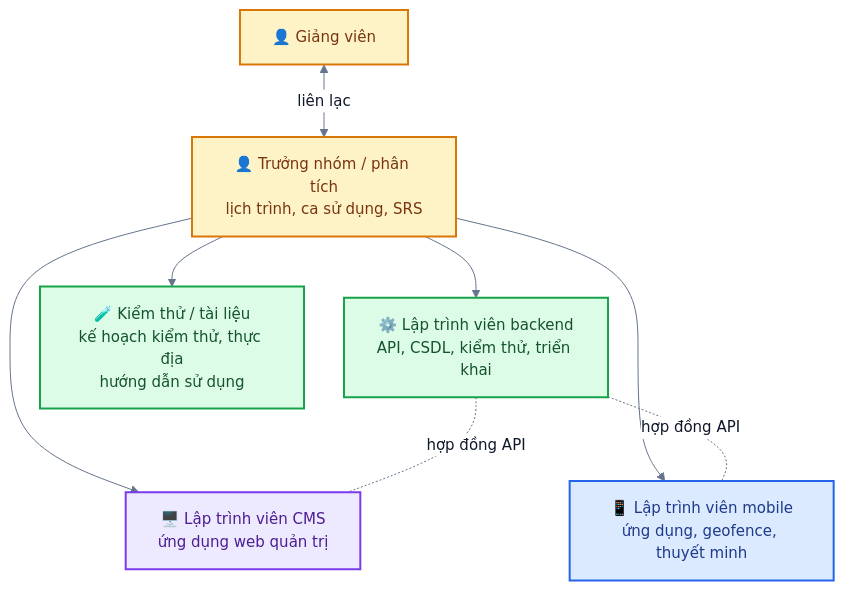
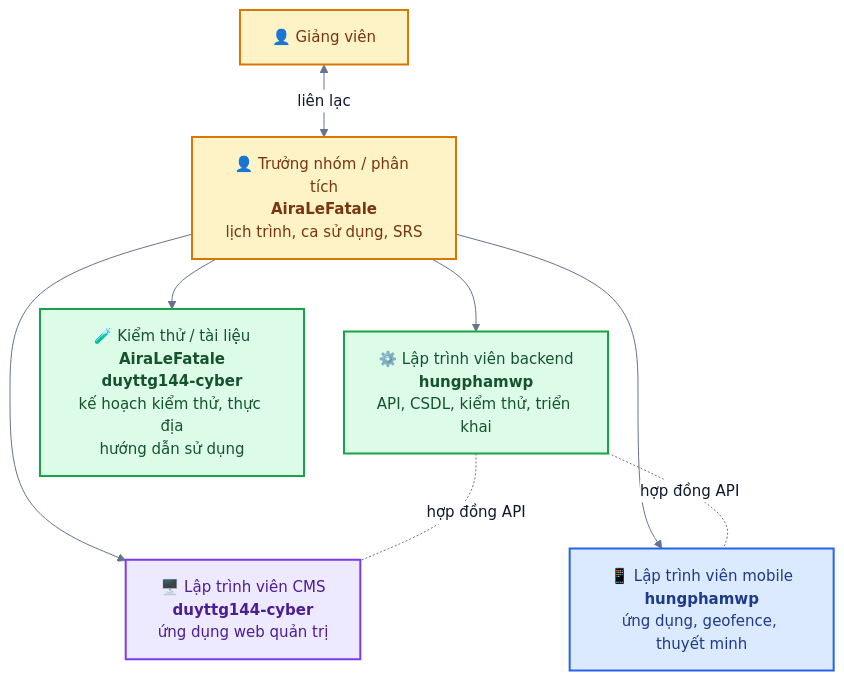
One commit to AiraLeFatale/CongNghePhanMem_Project changed the seventh of 9 diagrams in docs/06-project-management.md. Above: the diagram before and after it, drawn with Mermaid. The commit also changed other lines of this file and 1 other file, not shown here.

Commit message:
Phân chia vai trò cho 3 thành viên trong tài liệu quản lý dự án

````diff
--- a/docs/06-project-management.md
+++ b/docs/06-project-management.md
@@ -228,18 +234,18 @@
 ```mermaid
 %%{init: {"theme":"base","fontFamily":"Helvetica Neue, Arial, sans-serif","themeVariables":{"fontFamily":"Helvetica Neue, Arial, sans-serif","fontSize":"15px","primaryColor":"#EFF6FF","primaryBorderColor":"#3B82F6","primaryTextColor":"#0F172A","lineColor":"#64748B","secondaryColor":"#F0FDF4","tertiaryColor":"#FFFFFF","clusterBkg":"#F8FAFC","clusterBorder":"#CBD5E1","edgeLabelBackground":"#FFFFFF","noteBkgColor":"#FEF9C3","noteBorderColor":"#EAB308","actorBkg":"#DBEAFE","actorBorder":"#2563EB","actorTextColor":"#1E3A8A","signalColor":"#475569","signalTextColor":"#0F172A","labelBoxBkgColor":"#F1F5F9","labelBoxBorderColor":"#94A3B8","activationBkgColor":"#E0F2FE","activationBorderColor":"#0284C7","sequenceNumberColor":"#FFFFFF","pie1":"#16A34A","pie2":"#F59E0B","pie3":"#94A3B8","pie4":"#DC2626","pie5":"#2563EB","pie6":"#7C3AED","pieStrokeColor":"#FFFFFF","pieSectionTextColor":"#FFFFFF","quadrant1Fill":"#FEE2E2","quadrant2Fill":"#FEF3C7","quadrant3Fill":"#DCFCE7","quadrant4Fill":"#FEF3C7","quadrantPointFill":"#1E3A8A","quadrantPointTextFill":"#0F172A","git0":"#1E3A8A","gitBranchLabel0":"#FFFFFF","cScale0":"#DBEAFE","cScale1":"#DCFCE7","cScale2":"#EDE9FE","cScale3":"#FEF3C7","cScale4":"#FFE4E6","cScale5":"#E0F2FE","cScale6":"#F1F5F9"},"flowchart":{"curve":"basis","padding":16,"nodeSpacing":40,"rankSpacing":50},"sequence":{"showSequenceNumbers":true,"mirrorActors":false}}}%%
 flowchart TB
   GV["👤 Giảng viên"]:::actor
-  L["👤 Trưởng nhóm / phân tích<br/>lịch trình, ca sử dụng, SRS"]:::actor
+  L["👤 Trưởng nhóm / phân tích<br/><b>AiraLeFatale</b><br/>lịch trình, ca sử dụng, SRS"]:::actor
   GV <-- "liên lạc" --> L
-  L --> BE["⚙️ Lập trình viên backend<br/>API, CSDL, kiểm thử, triển khai"]:::backend
-  L --> CM["🖥️ Lập trình viên CMS<br/>ứng dụng web quản trị"]:::cms
-  L --> MO["📱 Lập trình viên mobile<br/>ứng dụng, geofence, thuyết minh"]:::mobile
-  L --> QA["🧪 Kiểm thử / tài liệu<br/>kế hoạch kiểm thử, thực địa<br/>hướng dẫn sử dụng"]:::ok
+  L --> BE["⚙️ Lập trình viên backend<br/><b>hungphamwp</b><br/>API, CSDL, kiểm thử, triển khai"]:::backend
+  L --> CM["🖥️ Lập trình viên CMS<br/><b>duyttg144-cyber</b><br/>ứng dụng web quản trị"]:::cms
+  L --> MO["📱 Lập trình viên mobile<br/><b>hungphamwp</b><br/>ứng dụng, geofence, thuyết minh"]:::mobile
+  L --> QA["🧪 Kiểm thử / tài liệu<br/><b>AiraLeFatale<br/>duyttg144-cyber</b><br/>kế hoạch kiểm thử, thực địa<br/>hướng dẫn sử dụng"]:::ok
   BE -. "hợp đồng API" .- CM
   BE -. "hợp đồng API" .- MO
   classDef actor fill:#FEF3C7,stroke:#D97706,stroke-width:2px,color:#78350F
   classDef mobile fill:#DBEAFE,stroke:#2563EB,stroke-width:2px,color:#1E3A8A
   classDef cms fill:#EDE9FE,stroke:#7C3AED,stroke-width:2px,color:#4C1D95
   classDef backend fill:#DCFCE7,stroke:#16A34A,stroke-width:2px,color:#14532D
   classDef ok fill:#DCFCE7,stroke:#16A34A,stroke-width:2px,color:#14532D
 ```
````
